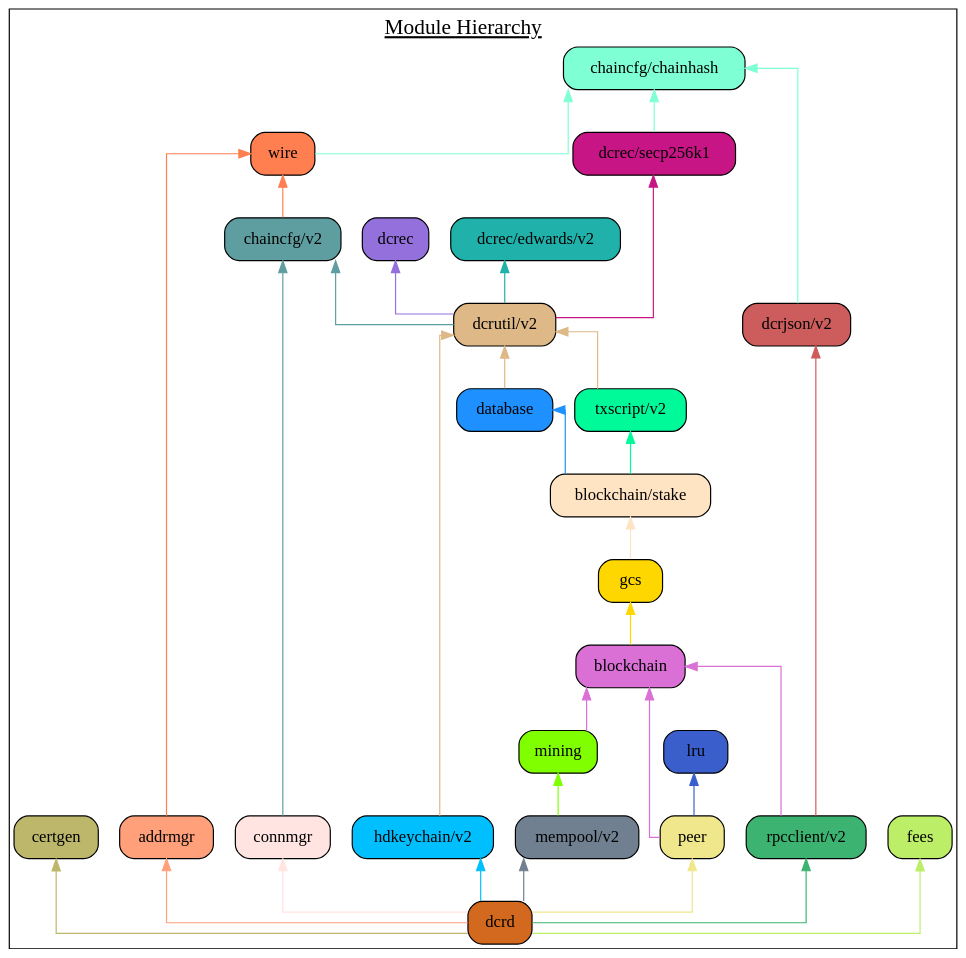
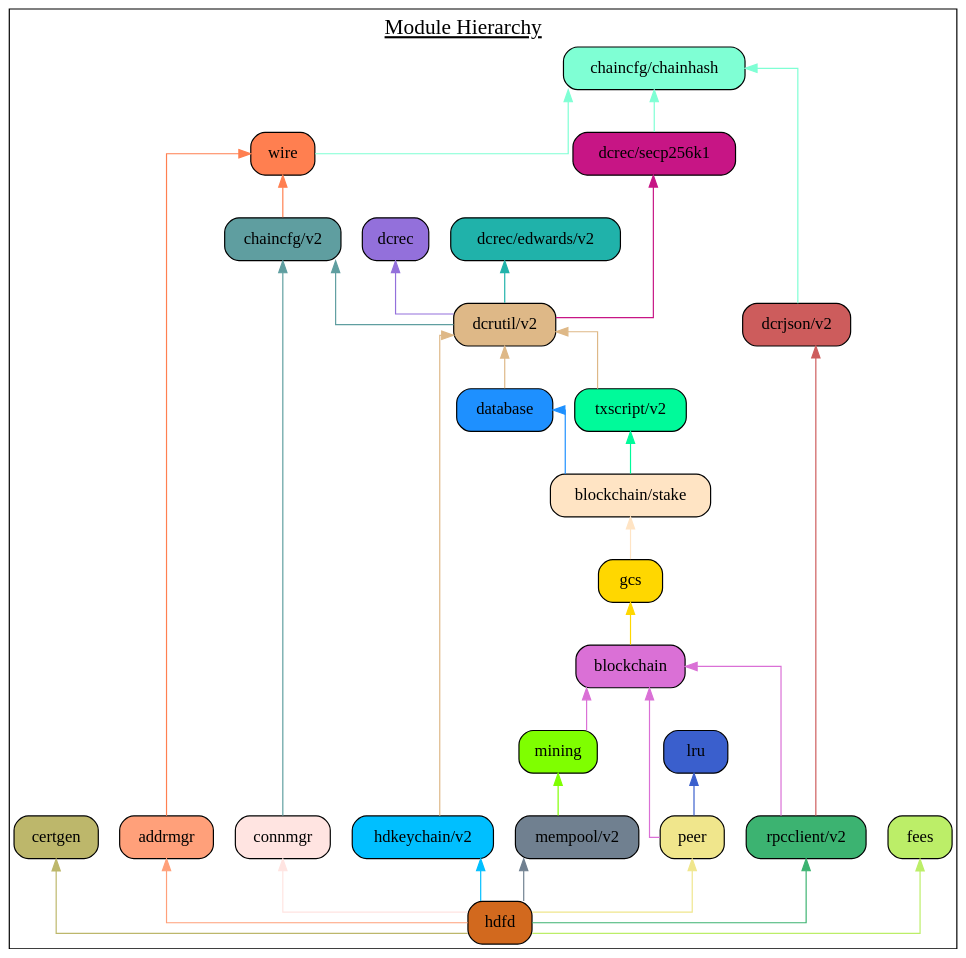
The diagram in docs/assets/module_hierarchy.gv (hdfchain/hdfd), drawn with Graphviz before and after one commit. The commit also changed 367 other files, not shown here.

```diff
--- a/docs/assets/module_hierarchy.gv
+++ b/docs/assets/module_hierarchy.gv
@@ -1,65 +1,65 @@
 digraph {
 	graph [splines=ortho colorscheme=svg label=<<u>Module Hierarchy</u>> labelloc=t fontsize=18.0]
 	node [shape=box style="filled, rounded"]
 
 	certgen [label="certgen" fillcolor=darkkhaki]
 	chainhash [label="chaincfg/chainhash" fillcolor=aquamarine]
 	dcrjson [label="dcrjson/v2" fillcolor=indianred]
 	wire [label="wire" fillcolor=coral]
 	addrmgr [label="addrmgr" fillcolor=lightsalmon]
 	chaincfg [label="chaincfg/v2" fillcolor=cadetblue]
 	connmgr [label="connmgr" fillcolor=mistyrose]
 	dcrec [label="dcrec" fillcolor=mediumpurple]
 	edwards [label="dcrec/edwards/v2" fillcolor=lightseagreen]
 	secp256k1 [label="dcrec/secp256k1" fillcolor=mediumvioletred]
 	dcrutil [label="dcrutil/v2" fillcolor=burlywood]
 	database [label="database" fillcolor=dodgerblue]
 	hdkeychain [label="hdkeychain/v2" fillcolor=deepskyblue]
 	txscript [label="txscript/v2" fillcolor=mediumspringgreen]
 	stake [label="blockchain/stake" fillcolor=bisque]
 	gcs [label="gcs" fillcolor=gold]
 	blockchain [label="blockchain" fillcolor=orchid]
 	mempool [label="mempool/v2" fillcolor=slategray]
 	mining [label="mining" fillcolor=chartreuse]
 	lru  [label="lru" fillcolor=royalblue3]
 	peer [label="peer" fillcolor=khaki]
 	rpcclient [label="rpcclient/v2" fillcolor=mediumseagreen]
 	fees [label="fees" fillcolor=darkolivegreen2]
-	dcrd [label="dcrd" fillcolor=chocolate]
+	hdfd [label="hdfd" fillcolor=chocolate]
 
 	{rank=same connmgr addrmgr hdkeychain peer rpcclient mempool}
 
 	certgen
 	chainhash -> dcrjson [dir=back color=aquamarine]
 	chainhash -> wire [dir=back color=aquamarine]
 	wire -> addrmgr [dir=back color=coral]
 	wire -> chaincfg [dir=back color=coral]
 	chaincfg -> connmgr [dir=back color=cadetblue]
 	chainhash -> secp256k1 [dir=back color=aquamarine]
 	chaincfg -> dcrutil [dir=back color=cadetblue]
 	dcrec -> dcrutil [dir=back color=mediumpurple]
 	edwards ->  dcrutil [dir=back color=lightseagreen]
 	secp256k1 ->  dcrutil [dir=back color=mediumvioletred]
 	dcrutil -> database [dir=back color=burlywood]
 	dcrutil -> hdkeychain [dir=back color=burlywood]
 	dcrutil -> txscript [dir=back color=burlywood]
 	database ->  stake [dir=back color=dodgerblue]
 	txscript -> stake [dir=back color=mediumspringgreen]
 	stake -> gcs [dir=back color=bisque]
 	gcs -> blockchain [dir=back color=gold]
 	blockchain -> mining [dir=back color=orchid]
 	mining -> mempool [dir=back color=chartreuse]
 	lru -> peer [dir=back color=royalblue3]
 	blockchain -> peer [dir=back color=orchid]
 	blockchain -> rpcclient [dir=back color=orchid]
 	dcrjson -> rpcclient [dir=back color=indianred]
 
-	fees -> dcrd [dir=back color=darkolivegreen2]
-	mempool -> dcrd [dir=back color=slategray]
-	certgen -> dcrd [dir=back color=darkkhaki]
-	addrmgr -> dcrd [dir=back color=lightsalmon]
-	hdkeychain -> dcrd [dir=back color=deepskyblue]
-	connmgr -> dcrd [dir=back color=mistyrose]
-	rpcclient -> dcrd [dir=back color=mediumseagreen]
-	peer -> dcrd [dir=back color=khaki]
+	fees -> hdfd [dir=back color=darkolivegreen2]
+	mempool -> hdfd [dir=back color=slategray]
+	certgen -> hdfd [dir=back color=darkkhaki]
+	addrmgr -> hdfd [dir=back color=lightsalmon]
+	hdkeychain -> hdfd [dir=back color=deepskyblue]
+	connmgr -> hdfd [dir=back color=mistyrose]
+	rpcclient -> hdfd [dir=back color=mediumseagreen]
+	peer -> hdfd [dir=back color=khaki]
 }
```
